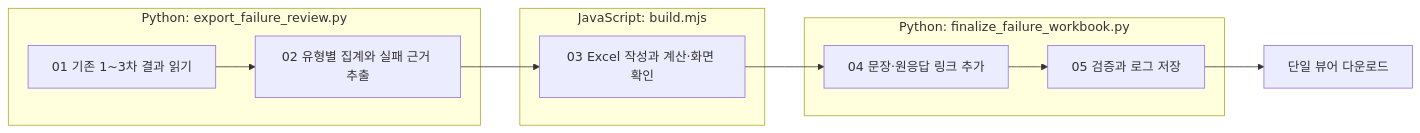
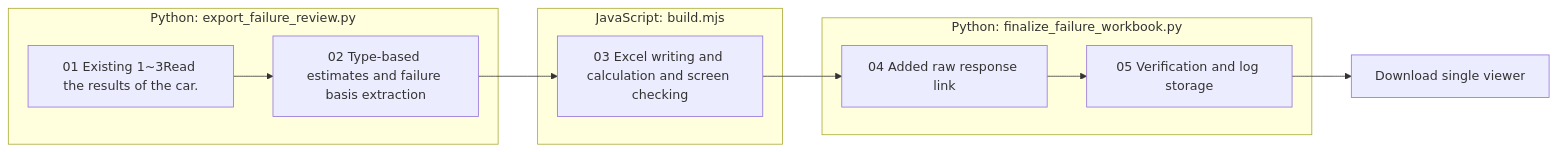
Before and after one commit to pnu-clink/finject: the diagram in src/finarch/dataset/02-generation/operations/failure-review-readme.md, drawn with Mermaid. The commit also changed other lines of this file and 644 other files, not shown here.

````diff
--- a/src/finarch/dataset/02-generation/operations/failure-review-readme.md
+++ b/src/finarch/dataset/02-generation/operations/failure-review-readme.md
@@ -21,13 +21,13 @@
 ```mermaid
 flowchart LR
  subgraph export_failure_review.py[Python: export_failure_review.py]
- A[01 기존 1~3차 결과 읽기] --> B[02 유형별 집계와 실패 근거 추출]
+ A[01 Existing 1~3Read the results of the car.] --> B[02 Type-based estimates and failure basis extraction]
  end
  subgraph build.mjs[JavaScript: build.mjs]
- B --> C[03 Excel 작성과 계산·화면 확인]
+ B --> C[03 Excel writing and calculation and screen checking]
  end
  subgraph finalize_failure_workbook.py[Python: finalize_failure_workbook.py]
- C --> D[04 문장·원응답 링크 추가] --> E[05 검증과 로그 저장]
+ C --> D[04 Added raw response link] --> E[05 Verification and log storage]
  end
- E --> F[단일 뷰어 다운로드]
+ E --> F[Download single viewer]
 ```
````
